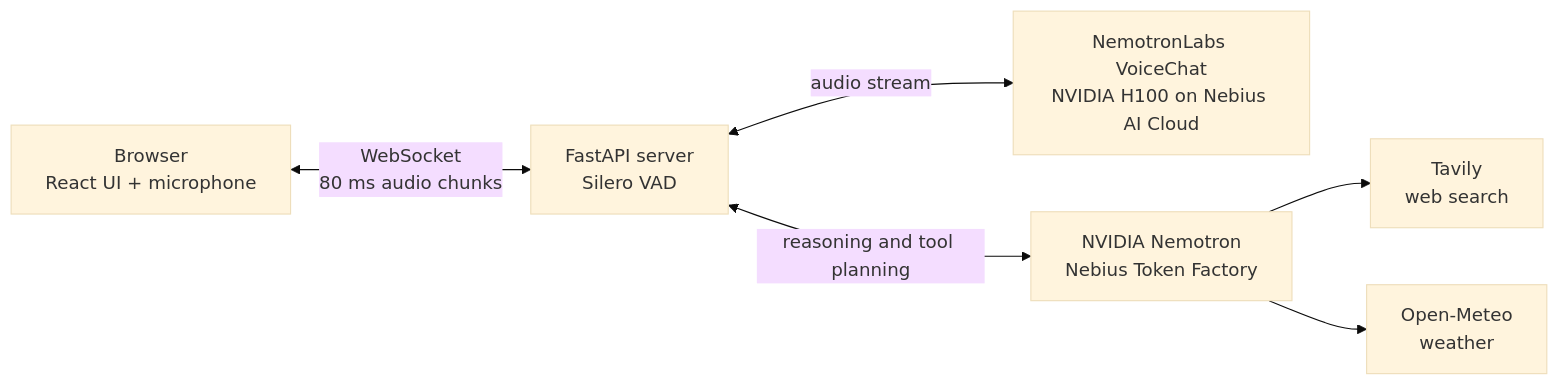
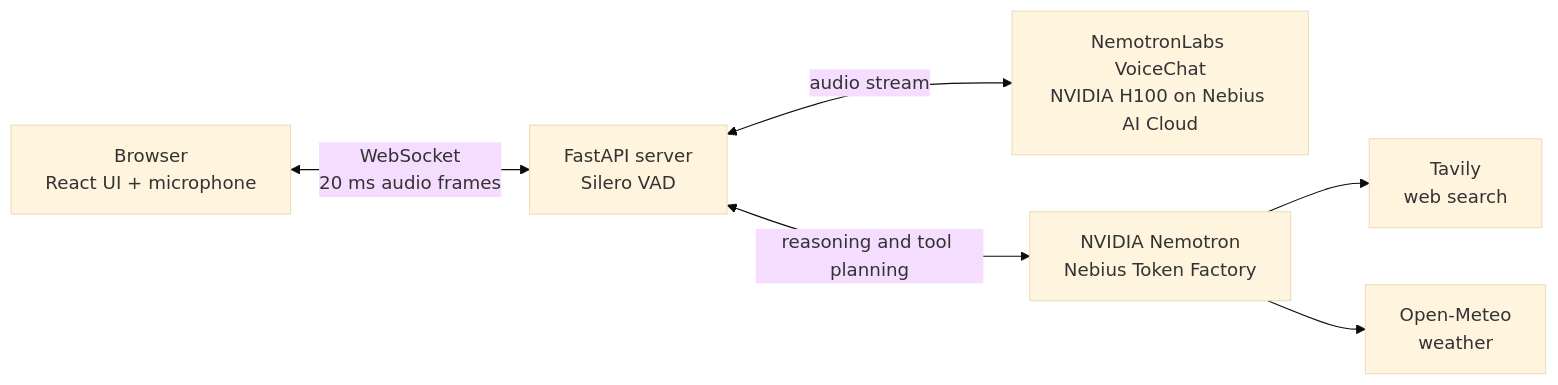
The diagram in README.md (ProttoyDip/talkback), drawn with Mermaid (base theme) before and after one commit. The commit also changed other lines of this file, not shown here.

````diff
--- a/README.md
+++ b/README.md
@@ -49,8 +49,8 @@
 ```mermaid
 graph LR
-    U["Browser<br/>React UI + microphone"] <-->|"WebSocket<br/>80 ms audio chunks"| B["FastAPI server<br/>Silero VAD"]
+    U["Browser<br/>React UI + microphone"] <-->|"WebSocket<br/>20 ms audio frames"| B["FastAPI server<br/>Silero VAD"]
     B <-->|"audio stream"| V["NemotronLabs VoiceChat<br/>NVIDIA H100 on Nebius AI Cloud"]
     B <-->|"reasoning and tool planning"| N["NVIDIA Nemotron<br/>Nebius Token Factory"]
     N --> T1["Tavily<br/>web search"]
     N --> T2["Open-Meteo<br/>weather"]
 ```
````
